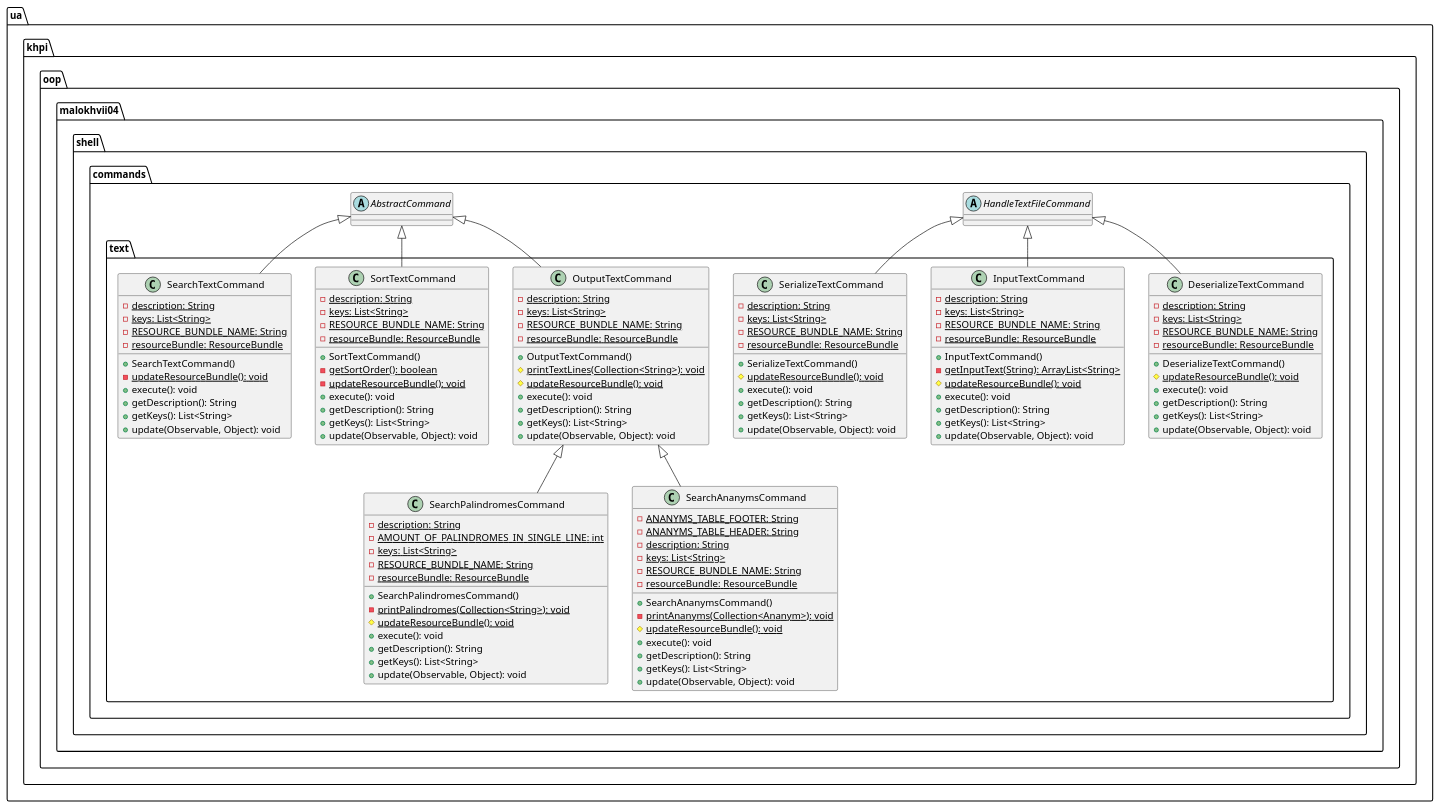
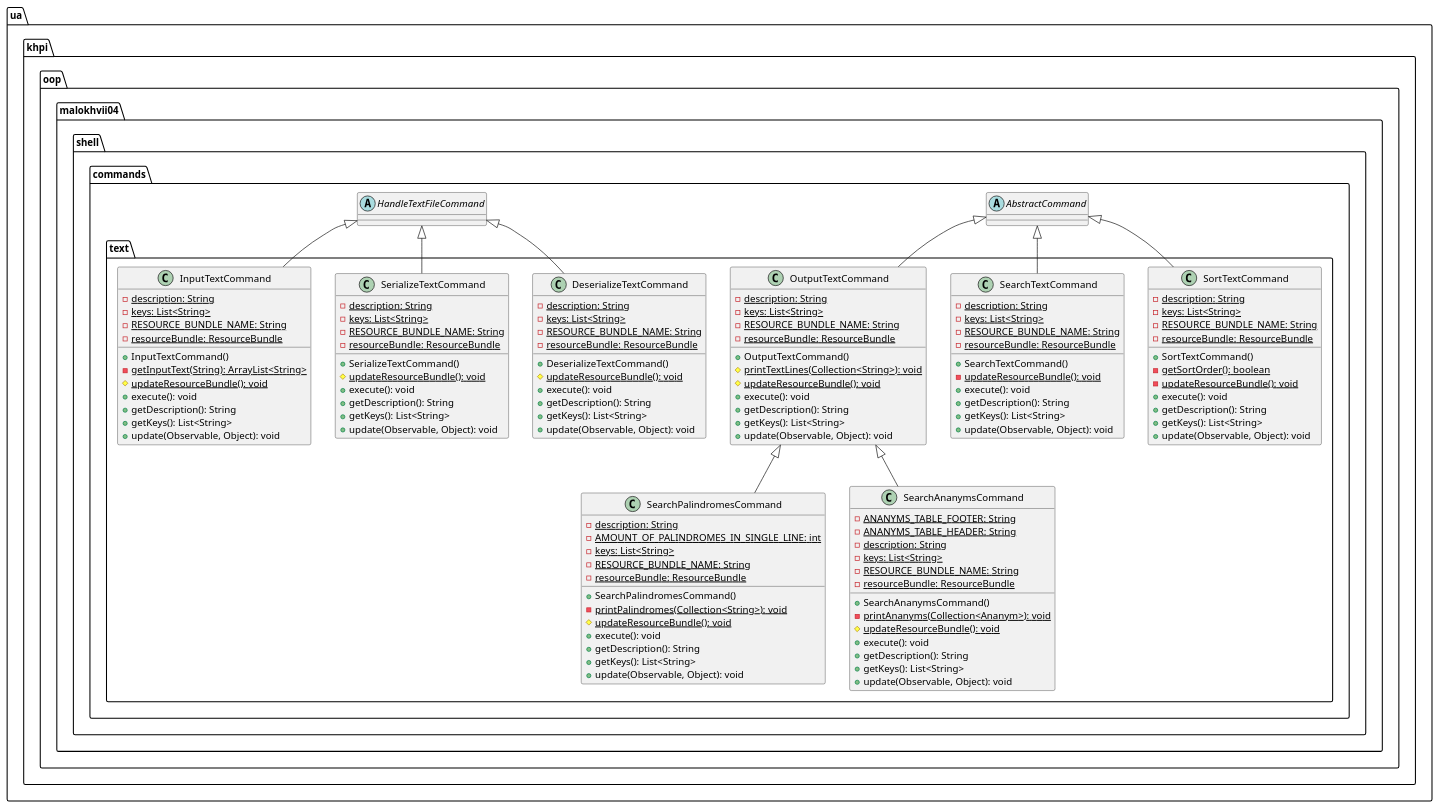
Before and after one commit to P-Kalin/kit26a: the diagram in malokhvii-eduard/malokhvii04/doc/plantuml/ua/khpi/oop/malokhvii04/shell/commands/text/package.puml, drawn with PlantUML. The commit also changed other lines of this file and 34 other files, not shown here.

Commit message:
#3 malokhvii04: update graphs

```diff
--- a/malokhvii-eduard/malokhvii04/doc/plantuml/ua/khpi/oop/malokhvii04/shell/commands/text/package.puml
+++ b/malokhvii-eduard/malokhvii04/doc/plantuml/ua/khpi/oop/malokhvii04/shell/commands/text/package.puml
@@ -1,137 +1,137 @@
 @startuml
 
     namespace ua.khpi.oop.malokhvii04.shell.commands.text {
-
-        class DeserializeTextCommand {
-            {static} -description: String
-            {static} -keys: List<String>
-            {static} -RESOURCE_BUNDLE_NAME: String
-            {static} -resourceBundle: ResourceBundle
-            +DeserializeTextCommand()
-            {static} #updateResourceBundle(): void
-            +execute(): void
-            +getDescription(): String
-            +getKeys(): List<String>
-            +update(Observable, Object): void
-        }
 
         class SortTextCommand {
             {static} -description: String
             {static} -keys: List<String>
             {static} -RESOURCE_BUNDLE_NAME: String
             {static} -resourceBundle: ResourceBundle
             +SortTextCommand()
             {static} -getSortOrder(): boolean
+            {static} -updateResourceBundle(): void
+            +execute(): void
+            +getDescription(): String
+            +getKeys(): List<String>
+            +update(Observable, Object): void
+        }
+
+        class SerializeTextCommand {
+            {static} -description: String
+            {static} -keys: List<String>
+            {static} -RESOURCE_BUNDLE_NAME: String
+            {static} -resourceBundle: ResourceBundle
+            +SerializeTextCommand()
+            {static} #updateResourceBundle(): void
+            +execute(): void
+            +getDescription(): String
+            +getKeys(): List<String>
+            +update(Observable, Object): void
+        }
+
+        class SearchTextCommand {
+            {static} -description: String
+            {static} -keys: List<String>
+            {static} -RESOURCE_BUNDLE_NAME: String
+            {static} -resourceBundle: ResourceBundle
+            +SearchTextCommand()
             {static} -updateResourceBundle(): void
             +execute(): void
             +getDescription(): String
             +getKeys(): List<String>
             +update(Observable, Object): void
         }
 
         class SearchPalindromesCommand {
             {static} -description: String
             {static} -AMOUNT_OF_PALINDROMES_IN_SINGLE_LINE: int
             {static} -keys: List<String>
             {static} -RESOURCE_BUNDLE_NAME: String
             {static} -resourceBundle: ResourceBundle
             +SearchPalindromesCommand()
             {static} -printPalindromes(Collection<String>): void
             {static} #updateResourceBundle(): void
             +execute(): void
             +getDescription(): String
             +getKeys(): List<String>
             +update(Observable, Object): void
         }
 
         class SearchAnanymsCommand {
             {static} -ANANYMS_TABLE_FOOTER: String
             {static} -ANANYMS_TABLE_HEADER: String
             {static} -description: String
             {static} -keys: List<String>
             {static} -RESOURCE_BUNDLE_NAME: String
             {static} -resourceBundle: ResourceBundle
             +SearchAnanymsCommand()
             {static} -printAnanyms(Collection<Ananym>): void
             {static} #updateResourceBundle(): void
             +execute(): void
             +getDescription(): String
             +getKeys(): List<String>
             +update(Observable, Object): void
         }
 
-        class SearchTextCommand {
-            {static} -description: String
-            {static} -keys: List<String>
-            {static} -RESOURCE_BUNDLE_NAME: String
-            {static} -resourceBundle: ResourceBundle
-            +SearchTextCommand()
-            {static} -updateResourceBundle(): void
-            +execute(): void
-            +getDescription(): String
-            +getKeys(): List<String>
-            +update(Observable, Object): void
-        }
-
         class OutputTextCommand {
             {static} -description: String
             {static} -keys: List<String>
             {static} -RESOURCE_BUNDLE_NAME: String
             {static} -resourceBundle: ResourceBundle
             +OutputTextCommand()
             {static} #printTextLines(Collection<String>): void
             {static} #updateResourceBundle(): void
             +execute(): void
             +getDescription(): String
             +getKeys(): List<String>
             +update(Observable, Object): void
         }
 
         class InputTextCommand {
             {static} -description: String
             {static} -keys: List<String>
             {static} -RESOURCE_BUNDLE_NAME: String
             {static} -resourceBundle: ResourceBundle
             +InputTextCommand()
             {static} -getInputText(String): ArrayList<String>
             {static} #updateResourceBundle(): void
             +execute(): void
             +getDescription(): String
             +getKeys(): List<String>
             +update(Observable, Object): void
         }
 
-        class SerializeTextCommand {
+        class DeserializeTextCommand {
             {static} -description: String
             {static} -keys: List<String>
             {static} -RESOURCE_BUNDLE_NAME: String
             {static} -resourceBundle: ResourceBundle
-            +SerializeTextCommand()
+            +DeserializeTextCommand()
             {static} #updateResourceBundle(): void
             +execute(): void
             +getDescription(): String
             +getKeys(): List<String>
             +update(Observable, Object): void
         }
 
-        abstract class ua.khpi.oop.malokhvii04.shell.commands.HandleTextFileCommand
-        ua.khpi.oop.malokhvii04.shell.commands.HandleTextFileCommand <|-- DeserializeTextCommand
-
         abstract class ua.khpi.oop.malokhvii04.shell.commands.AbstractCommand
         ua.khpi.oop.malokhvii04.shell.commands.AbstractCommand <|-- SortTextCommand
+
+        abstract class ua.khpi.oop.malokhvii04.shell.commands.HandleTextFileCommand
+        ua.khpi.oop.malokhvii04.shell.commands.HandleTextFileCommand <|-- SerializeTextCommand
+
+        ua.khpi.oop.malokhvii04.shell.commands.AbstractCommand <|-- SearchTextCommand
 
         OutputTextCommand <|-- SearchPalindromesCommand
 
         OutputTextCommand <|-- SearchAnanymsCommand
 
-        ua.khpi.oop.malokhvii04.shell.commands.AbstractCommand <|-- SearchTextCommand
-
         ua.khpi.oop.malokhvii04.shell.commands.AbstractCommand <|-- OutputTextCommand
 
         ua.khpi.oop.malokhvii04.shell.commands.HandleTextFileCommand <|-- InputTextCommand
 
-        ua.khpi.oop.malokhvii04.shell.commands.HandleTextFileCommand <|-- SerializeTextCommand
+        ua.khpi.oop.malokhvii04.shell.commands.HandleTextFileCommand <|-- DeserializeTextCommand
 
     }
 
 @enduml
```
